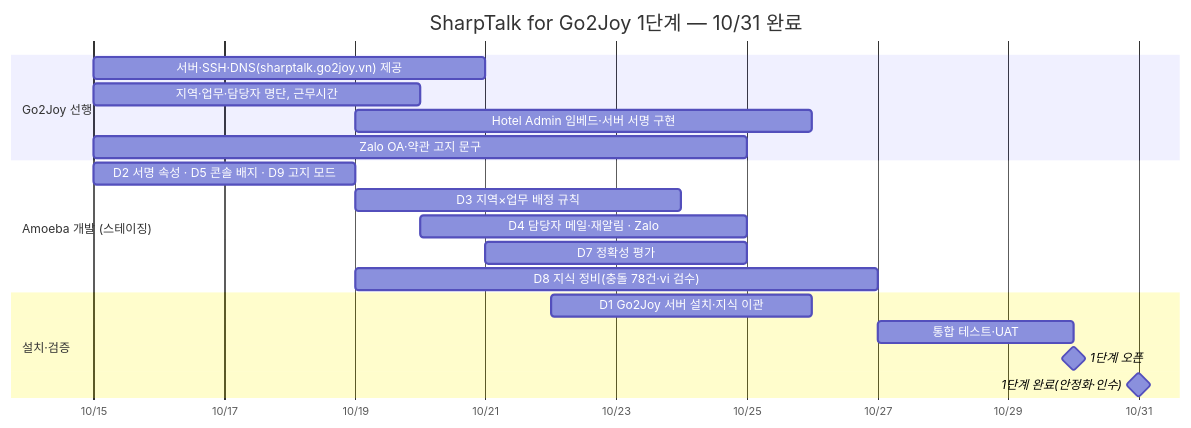
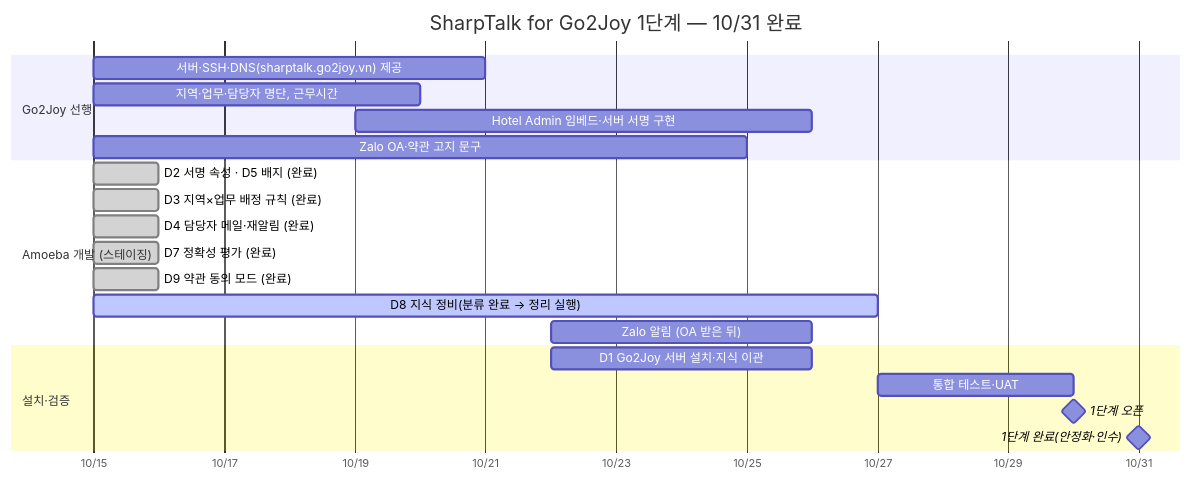
Diagram 14 of 15 in docs/plan/PLN-261015-SharpTalk-for-Go2Joy-Project-Plan.md (amoeba-group/btbz-sharp-talk), drawn with Mermaid before and after one commit. The commit also changed other lines of this file and 4 other files, not shown here.

````diff
--- a/docs/plan/PLN-261015-SharpTalk-for-Go2Joy-Project-Plan.md
+++ b/docs/plan/PLN-261015-SharpTalk-for-Go2Joy-Project-Plan.md
@@ -619,22 +651,24 @@
 ```mermaid
 gantt
   title SharpTalk for Go2Joy 1단계 — 10/31 완료
   dateFormat YYYY-MM-DD
   axisFormat %m/%d
   section Go2Joy 선행
   서버·SSH·DNS(sharptalk.go2joy.vn) 제공   :g1, 2026-10-15, 6d
   지역·업무·담당자 명단, 근무시간          :g2, 2026-10-15, 5d
   Hotel Admin 임베드·서버 서명 구현          :g3, 2026-10-19, 7d
   Zalo OA·약관 고지 문구                    :g4, 2026-10-15, 10d
   section Amoeba 개발 (스테이징)
-  D2 서명 속성 · D5 콘솔 배지 · D9 고지 모드 :b1, 2026-10-15, 4d
-  D3 지역×업무 배정 규칙                     :b2, 2026-10-19, 5d
-  D4 담당자 메일·재알림 · Zalo               :b3, 2026-10-20, 5d
-  D7 정확성 평가                             :b4, 2026-10-21, 4d
-  D8 지식 정비(충돌 78건·vi 검수)            :b5, 2026-10-19, 8d
+  D2 서명 속성 · D5 배지 (완료)              :done, b1, 2026-10-15, 1d
+  D3 지역×업무 배정 규칙 (완료)               :done, b2, 2026-10-15, 1d
+  D4 담당자 메일·재알림 (완료)                :done, b3, 2026-10-15, 1d
+  D7 정확성 평가 (완료)                       :done, b4, 2026-10-15, 1d
+  D9 약관 동의 모드 (완료)                    :done, b6, 2026-10-15, 1d
+  D8 지식 정비(분류 완료 → 정리 실행)         :active, b5, 2026-10-15, 12d
+  Zalo 알림 (OA 받은 뒤)                      :b7, 2026-10-22, 4d
   section 설치·검증
   D1 Go2Joy 서버 설치·지식 이관              :c1, 2026-10-22, 4d
   통합 테스트·UAT                            :c2, 2026-10-27, 3d
   1단계 오픈                                 :milestone, m1, 2026-10-30, 0d
   1단계 완료(안정화·인수)                    :milestone, m2, 2026-10-31, 0d
 ```
````
